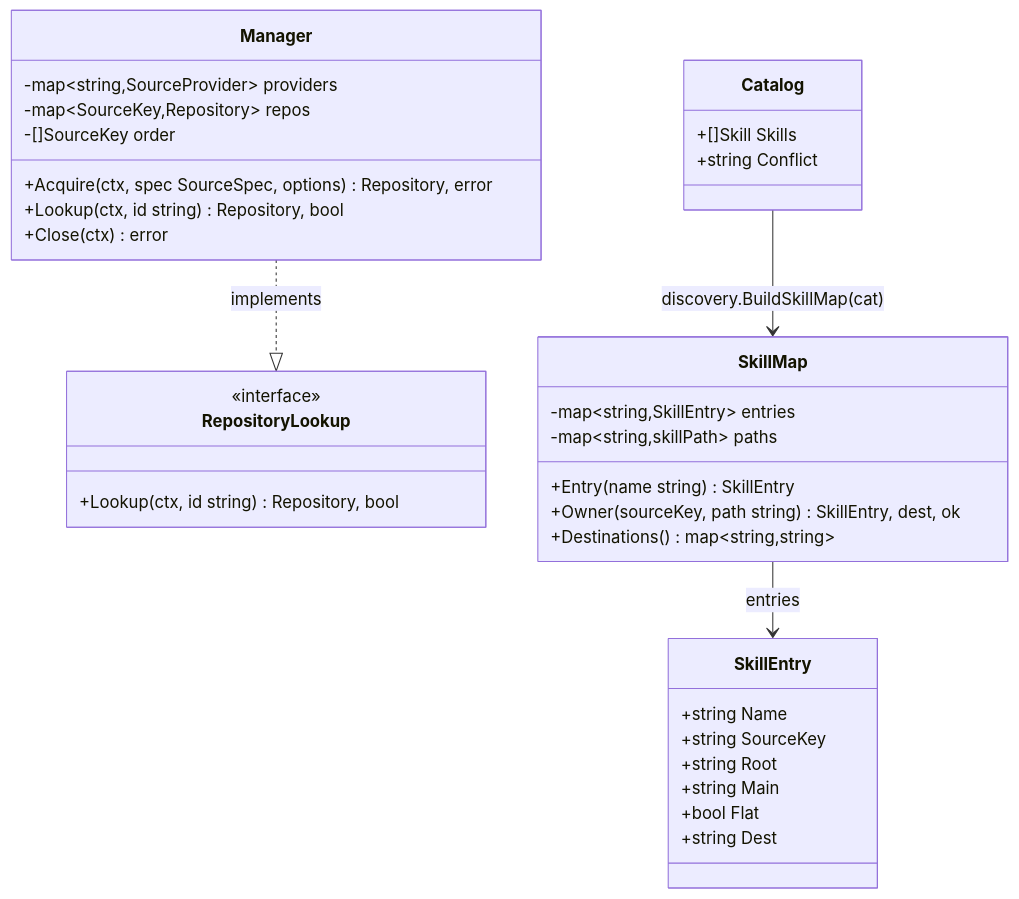
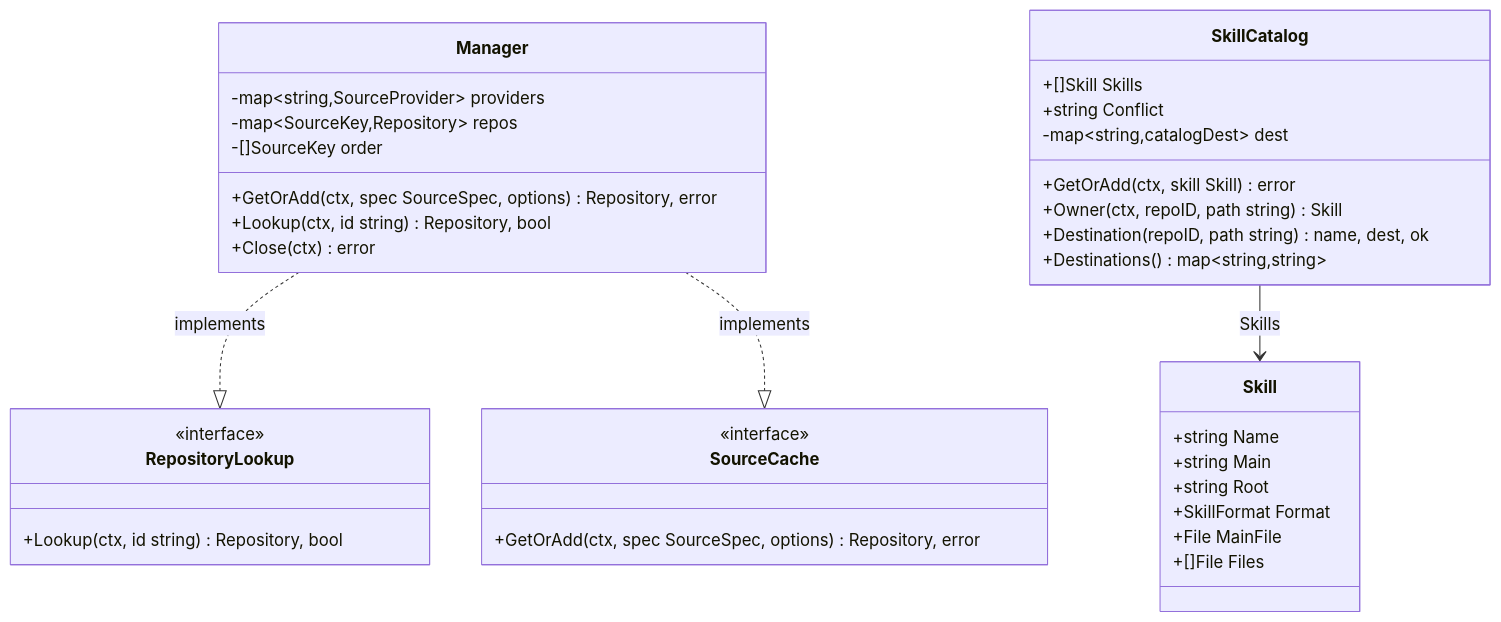
The third of 3 diagrams in docs/architecture/diagrams.md (InsonusK/go-ai-skill-manage), drawn with Mermaid before and after one commit. The commit also changed other lines of this file and 4 other files, not shown here.

First line of the commit message:
docs: update architecture docs for SkillCatalog/GetOrAdd/lean Detector

````diff
--- a/docs/architecture/diagrams.md
+++ b/docs/architecture/diagrams.md
@@ -114,37 +118,39 @@
 ```mermaid
 classDiagram
     class RepositoryLookup {
         <<interface>>
         +Lookup(ctx, id string) Repository, bool
     }
+    class SourceCache {
+        <<interface>>
+        +GetOrAdd(ctx, spec SourceSpec, options) Repository, error
+    }
     class Manager {
         -map~string,SourceProvider~ providers
         -map~SourceKey,Repository~ repos
         -[]SourceKey order
-        +Acquire(ctx, spec SourceSpec, options) Repository, error
+        +GetOrAdd(ctx, spec SourceSpec, options) Repository, error
         +Lookup(ctx, id string) Repository, bool
         +Close(ctx) error
     }
-    class SkillMap {
-        -map~string,SkillEntry~ entries
-        -map~string,skillPath~ paths
-        +Entry(name string) SkillEntry
-        +Owner(sourceKey, path string) SkillEntry, dest, ok
+    class SkillCatalog {
+        +[]Skill Skills
+        +string Conflict
+        -map~string,catalogDest~ dest
+        +GetOrAdd(ctx, skill Skill) error
+        +Owner(ctx, repoID, path string) Skill
+        +Destination(repoID, path string) name, dest, ok
         +Destinations() map~string,string~
     }
-    class SkillEntry {
+    class Skill {
         +string Name
-        +string SourceKey
+        +string Main
         +string Root
-        +string Main
-        +bool Flat
-        +string Dest
+        +SkillFormat Format
+        +File MainFile
+        +[]File Files
     }
-    class Catalog {
-        +[]Skill Skills
-        +string Conflict
-    }
-    SkillMap --> SkillEntry : entries
-    Catalog --> SkillMap : discovery.BuildSkillMap(cat)
+    SkillCatalog --> Skill : Skills
     Manager ..|> RepositoryLookup : implements
+    Manager ..|> SourceCache : implements
 ```
````
